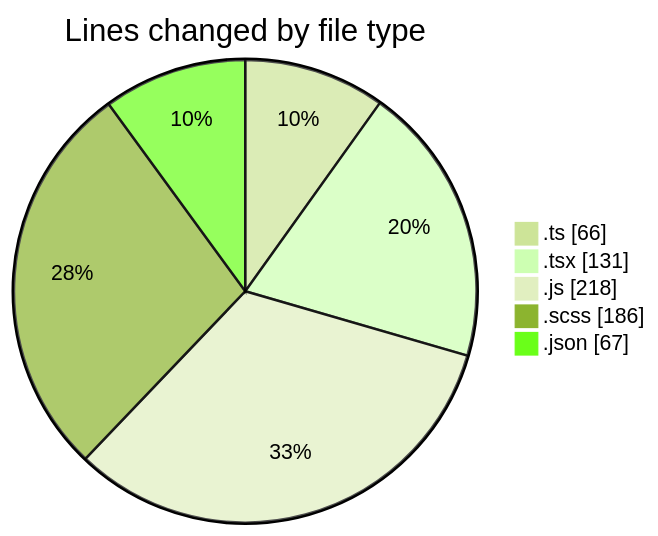
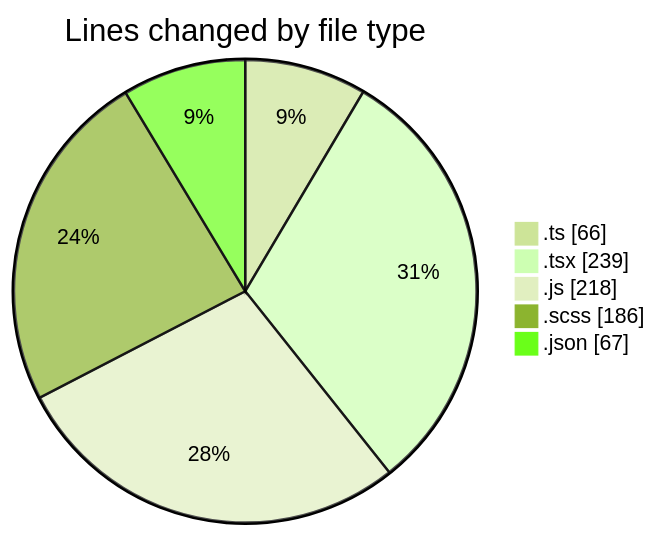
The first of 2 diagrams in 2026-05-08/cda/README.md (momahboobian/code-tracking), drawn with Mermaid (forest theme) before and after one commit. The commit also changed other lines of this file and 1 other file, not shown here.

````diff
--- a/2026-05-08/cda/README.md
+++ b/2026-05-08/cda/README.md
@@ -30,9 +32,9 @@
 ```mermaid
 pie showData
 title Lines changed by file type
 ".ts" : 66
-".tsx" : 131
+".tsx" : 239
 ".js" : 218
 ".scss" : 186
 ".json" : 67
 ```
````
